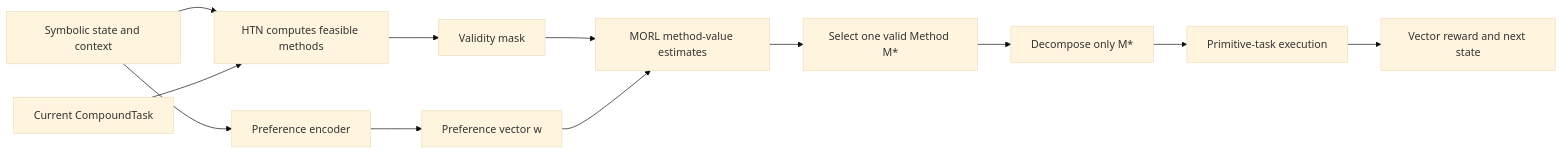
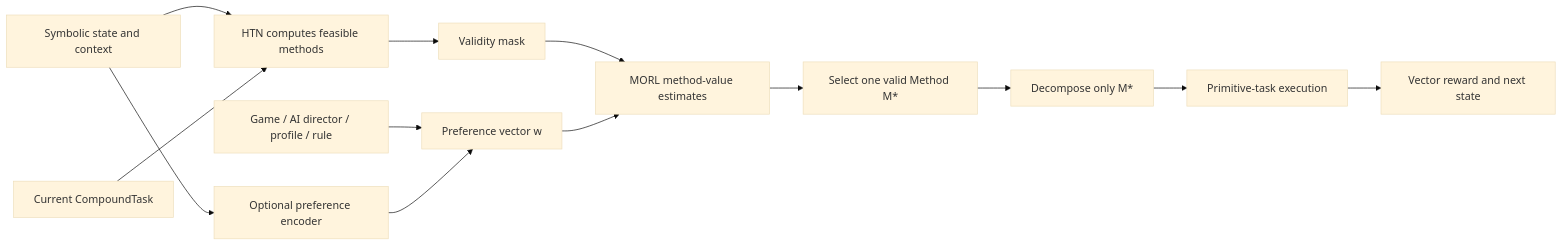
One commit to AndersonGACFilho/htn-goap-morl-agent changed the diagram in docs/annotations/reinforcement-learning/morl.md. Above: the diagram before and after it, drawn with Mermaid (base theme). The commit also changed other lines of this file and 17 other files, not shown here.

First line of the commit message:
docs(architecture): shift to preference sources and refine metrics

````diff
--- a/docs/annotations/reinforcement-learning/morl.md
+++ b/docs/annotations/reinforcement-learning/morl.md
@@ -54,14 +54,15 @@
 ```mermaid
 flowchart LR
     S[Symbolic state and context] --> F[HTN computes feasible methods]
     T[Current CompoundTask] --> F
     F --> M[Validity mask]
-    S --> W[Preference encoder]
+    G[Game / AI director / profile / rule] --> P[Preference vector w]
+    S --> W[Optional preference encoder]
     W --> P[Preference vector w]
     M --> Q[MORL method-value estimates]
     P --> Q
     Q --> C[Select one valid Method M*]
     C --> D[Decompose only M*]
     D --> E[Primitive-task execution]
     E --> R[Vector reward and next state]
 ```
````
